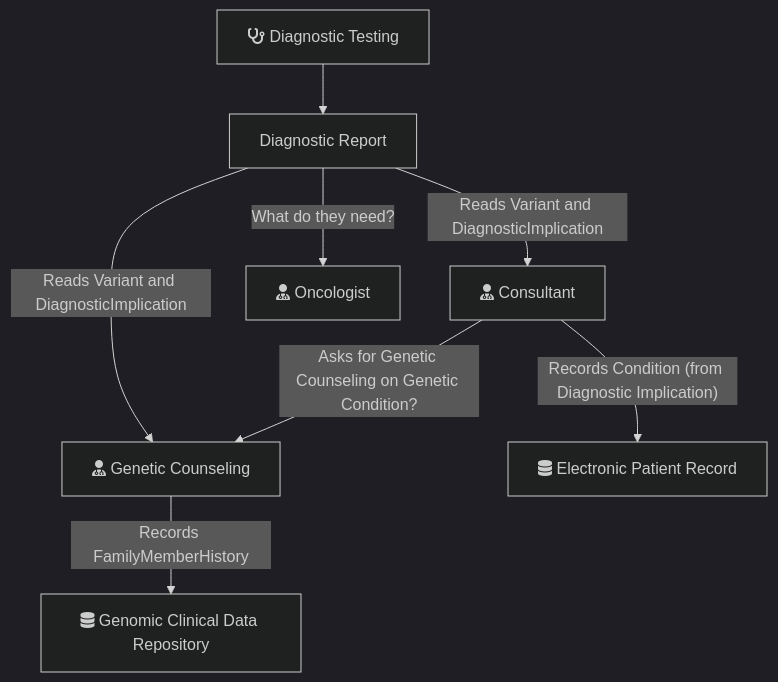
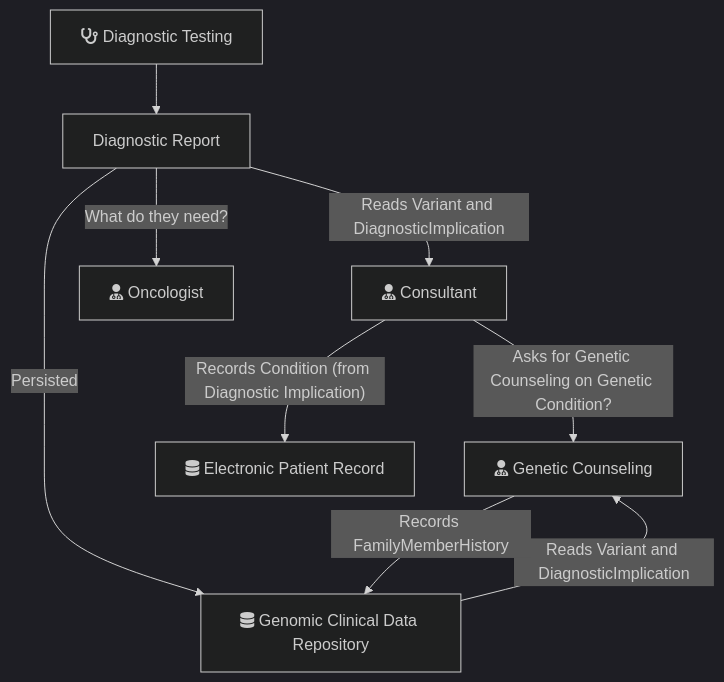
Before and after one commit to uk-gov-mirror/nw-gmsa.nw-gmsa.github.com: the diagram in input/intro-notes/ExampleScenario-ClinicalAndGenomicWorkflow-intro.md, drawn with Mermaid (dark theme).

Commit message:
fontawesome local

````diff
--- a/input/intro-notes/ExampleScenario-ClinicalAndGenomicWorkflow-intro.md
+++ b/input/intro-notes/ExampleScenario-ClinicalAndGenomicWorkflow-intro.md
@@ -4,12 +4,13 @@
 ```mermaid
 graph TD;
 
     DiagnosticTesting[fas:fa-stethoscope Diagnostic Testing]  --> DiagnosticReport[Diagnostic Report]
     DiagnosticReport --> |Reads Variant and DiagnosticImplication| Consultant[fas:fa-user-md Consultant]
-    DiagnosticReport --> |Reads Variant and DiagnosticImplication| GeneticCounseling[fas:fa-user-md Genetic Counseling]
+    GenomicCDR --> |Reads Variant and DiagnosticImplication| GeneticCounseling[fas:fa-user-md Genetic Counseling]
     DiagnosticReport --> |What do they need?| Oncologist[fas:fa-user-md Oncologist]
+    DiagnosticReport --> |Persisted| GenomicCDR
 
     Consultant --> |"Records Condition (from Diagnostic Implication)"| EPR["<i class='fa fa-database'></i> Electronic Patient Record"]
     GeneticCounseling --> |Records FamilyMemberHistory| GenomicCDR["<i class='fa fa-database'></i> Genomic Clinical Data Repository"]
     Consultant --> |Asks for Genetic Counseling on Genetic Condition?| GeneticCounseling
 ```
````
